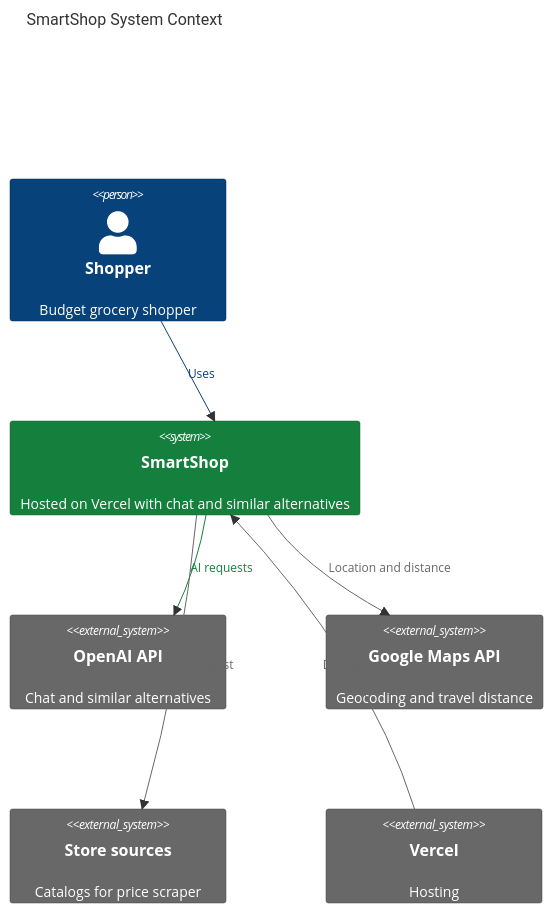
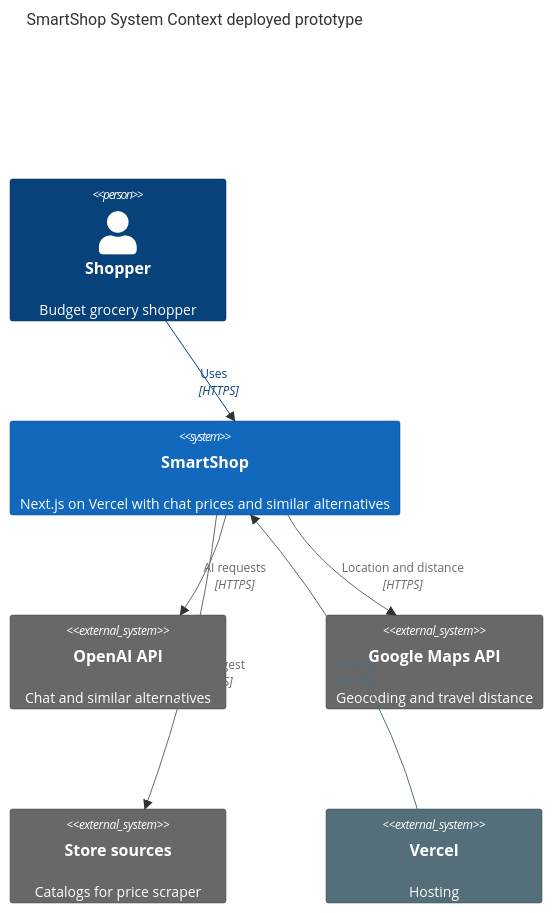
One commit to CSEN-SCU/csen-174-s26-team-project-smartshop changed the diagram in docs/architecture-retrospective.md. Above: the diagram before and after it, drawn with Mermaid. The commit also changed other lines of this file, not shown here.

Commit message:
docs: update context diagram syntax and PDF-matched C4 colors.
Use working C4Context with HTTPS Rel lines; style Person, container, external, and infrastructure to match container PDF legend.

````diff
--- a/docs/architecture-retrospective.md
+++ b/docs/architecture-retrospective.md
@@ -23,27 +23,32 @@
 ```mermaid
 C4Context
-    title SmartShop System Context
-    Person(shopper, "Shopper", "Budget grocery shopper")
-    System(shop, "SmartShop", "Hosted on Vercel with chat and similar alternatives")
-    System_Ext(ext_ai, "OpenAI API", "Chat and similar alternatives")
-    System_Ext(ext_maps, "Google Maps API", "Geocoding and travel distance")
-    System_Ext(ext_stores, "Store sources", "Catalogs for price scraper")
-    System_Ext(ext_host, "Vercel", "Hosting")
-    Rel(shopper, shop, "Uses")
-    Rel(shop, ext_ai, "AI requests")
-    Rel(shop, ext_maps, "Location and distance")
-    Rel(shop, ext_stores, "Price ingest")
-    Rel(ext_host, shop, "Deploys")
-    UpdateElementStyle(shopper, $bgColor="#08427B", $fontColor="#FFFFFF", $borderColor="#052E56")
-    UpdateElementStyle(shop, $bgColor="#15803D", $fontColor="#FFFFFF", $borderColor="#166534")
-    UpdateElementStyle(ext_ai, $bgColor="#686868", $fontColor="#FFFFFF", $borderColor="#444444")
-    UpdateElementStyle(ext_maps, $bgColor="#686868", $fontColor="#FFFFFF", $borderColor="#444444")
-    UpdateElementStyle(ext_stores, $bgColor="#686868", $fontColor="#FFFFFF", $borderColor="#444444")
-    UpdateElementStyle(ext_host, $bgColor="#686868", $fontColor="#FFFFFF", $borderColor="#444444")
-    UpdateRelStyle(shopper, shop, $lineColor="#08427B", $textColor="#08427B")
-    UpdateRelStyle(shop, ext_ai, $lineColor="#15803D", $textColor="#15803D")
-    UpdateRelStyle(shop, ext_maps, $lineColor="#686868", $textColor="#686868")
-    UpdateRelStyle(shop, ext_stores, $lineColor="#686868", $textColor="#686868")
-    UpdateRelStyle(ext_host, shop, $lineColor="#686868", $textColor="#686868")
-    UpdateLayoutConfig($c4ShapeInRow="3", $c4BoundaryInRow="1")
+  title SmartShop System Context deployed prototype
+
+  Person(shopper, "Shopper", "Budget grocery shopper")
+
+  System(smartshop, "SmartShop", "Next.js on Vercel with chat prices and similar alternatives")
+
+  System_Ext(openai, "OpenAI API", "Chat and similar alternatives")
+  System_Ext(maps, "Google Maps API", "Geocoding and travel distance")
+  System_Ext(retailers, "Store sources", "Catalogs for price scraper")
+  System_Ext(vercel, "Vercel", "Hosting")
+
+  Rel(shopper, smartshop, "Uses", "HTTPS")
+  Rel(smartshop, openai, "AI requests", "HTTPS")
+  Rel(smartshop, maps, "Location and distance", "HTTPS")
+  Rel(smartshop, retailers, "Price ingest", "HTTPS")
+  Rel(vercel, smartshop, "Deploys", "HTTPS")
+
+  UpdateElementStyle(shopper, $bgColor="#08427B", $fontColor="#FFFFFF", $borderColor="#052E56")
+  UpdateElementStyle(smartshop, $bgColor="#1168BD", $fontColor="#FFFFFF", $borderColor="#0B4884")
+  UpdateElementStyle(openai, $bgColor="#686868", $fontColor="#FFFFFF", $borderColor="#444444")
+  UpdateElementStyle(maps, $bgColor="#686868", $fontColor="#FFFFFF", $borderColor="#444444")
+  UpdateElementStyle(retailers, $bgColor="#686868", $fontColor="#FFFFFF", $borderColor="#444444")
+  UpdateElementStyle(vercel, $bgColor="#546E7A", $fontColor="#FFFFFF", $borderColor="#37474F")
+  UpdateRelStyle(shopper, smartshop, $lineColor="#08427B", $textColor="#08427B")
+  UpdateRelStyle(smartshop, openai, $lineColor="#686868", $textColor="#686868")
+  UpdateRelStyle(smartshop, maps, $lineColor="#686868", $textColor="#686868")
+  UpdateRelStyle(smartshop, retailers, $lineColor="#686868", $textColor="#686868")
+  UpdateRelStyle(vercel, smartshop, $lineColor="#546E7A", $textColor="#546E7A")
+  UpdateLayoutConfig($c4ShapeInRow="3", $c4BoundaryInRow="1")
 ```
````
